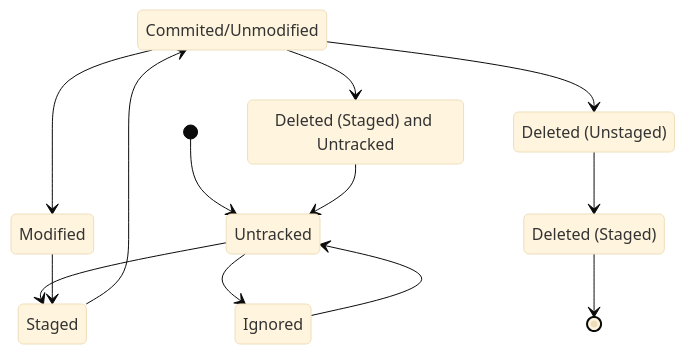
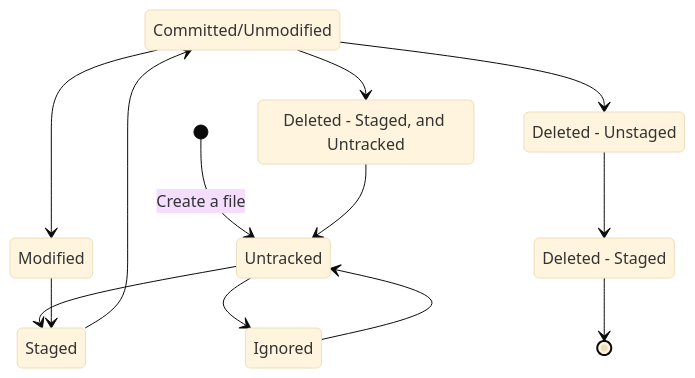
The fifth of 6 diagrams in Tools/Git/L1 - Introduction.md (bingyangchen/KM-software), drawn with Mermaid (base theme) before and after one commit. The commit also changed other lines of this file and 14 other files, not shown here.

````diff
--- a/Tools/Git/L1 - Introduction.md
+++ b/Tools/Git/L1 - Introduction.md
@@ -165,19 +206,19 @@
 ```mermaid
 stateDiagram-v2
-    c: Commited/Unmodified
-    du: Deleted (Unstaged)
-    ds: Deleted (Staged)
-    dsu: Deleted (Staged) and Untracked
-    [*] --> Untracked
+    c: Committed/Unmodified
+    du: Deleted - Unstaged
+    ds: Deleted - Staged
+    dsu: Deleted - Staged, and Untracked
+    [*] --> Untracked: Create a file
     Untracked --> Ignored
     Ignored --> Untracked
     Untracked --> Staged
     Modified --> Staged
     Staged --> c
     c --> Modified
     c --> dsu
     dsu --> Untracked
     c --> du
     du --> ds
     ds --> [*]
 ```
````
